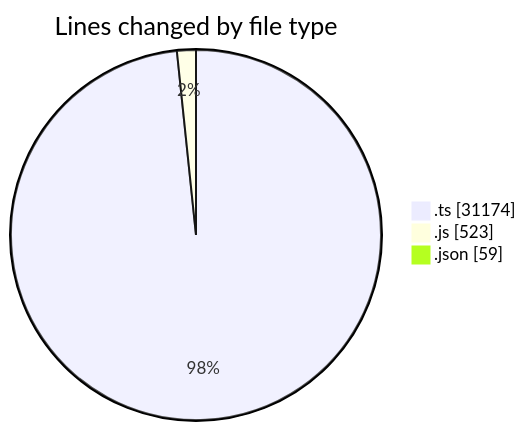
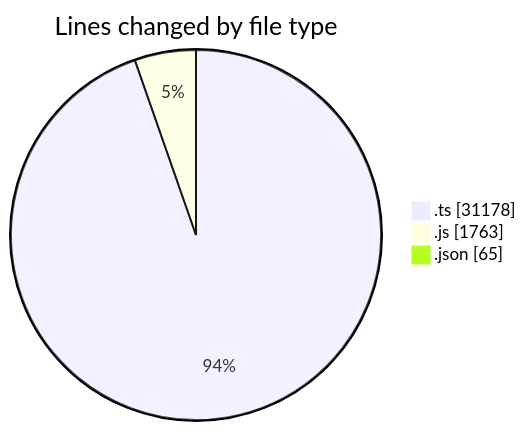
Before and after one commit to momahboobian/code-tracking: the first of 2 diagrams in 2025-07-31/cda/README.md, drawn with Mermaid. The commit also changed other lines of this file and 1 other file, not shown here.

````diff
--- a/2025-07-31/cda/README.md
+++ b/2025-07-31/cda/README.md
@@ -24,7 +25,7 @@
 ```mermaid
 pie showData
 title Lines changed by file type
-".ts" : 31174
-".js" : 523
-".json" : 59
+".ts" : 31178
+".js" : 1763
+".json" : 65
 ```
````
